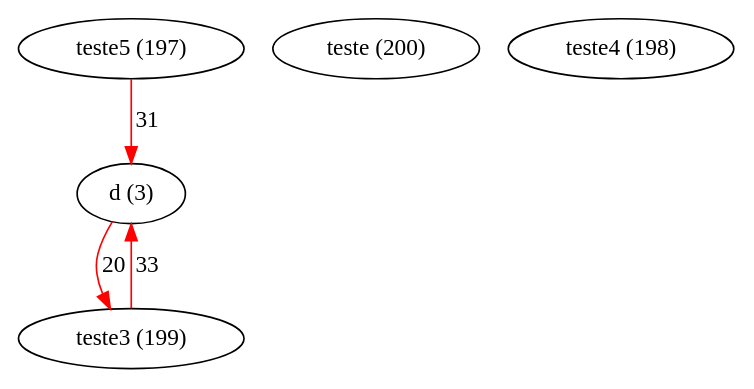
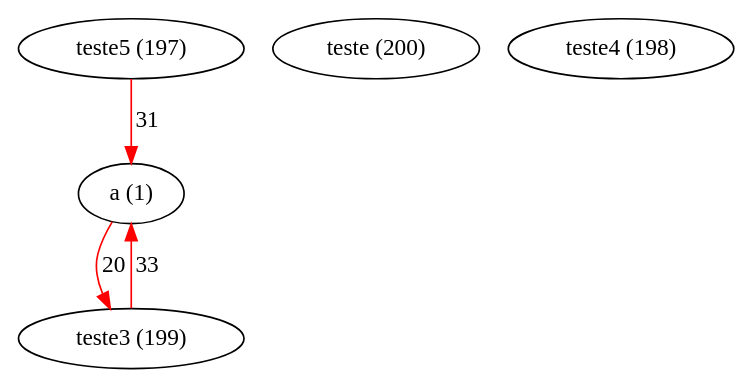
The diagram in teste.dot (AntoniaTurcatto/GrafoMood), drawn with Graphviz before and after one commit. The commit also changed 2 other files, not shown here.

```diff
--- a/teste.dot
+++ b/teste.dot
@@ -1,10 +1,10 @@
 digraph G {
-    0 [label="d (3)"];
+    0 [label="a (1)"];
     0 -> 2 [label="20", color=red];
     1 [label="teste (200)"];
     2 [label="teste3 (199)"];
     2 -> 0 [label="33", color=red];
     3 [label="teste4 (198)"];
     4 [label="teste5 (197)"];
     4 -> 0 [label="31", color=red];
 }
```
